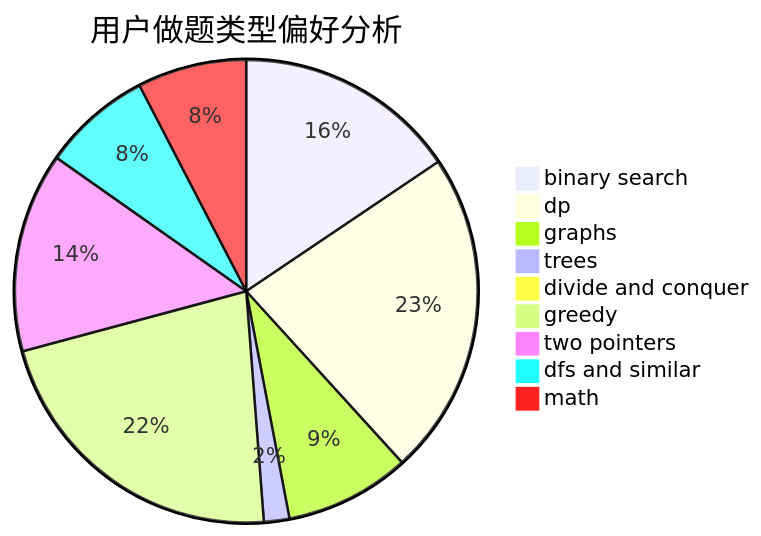
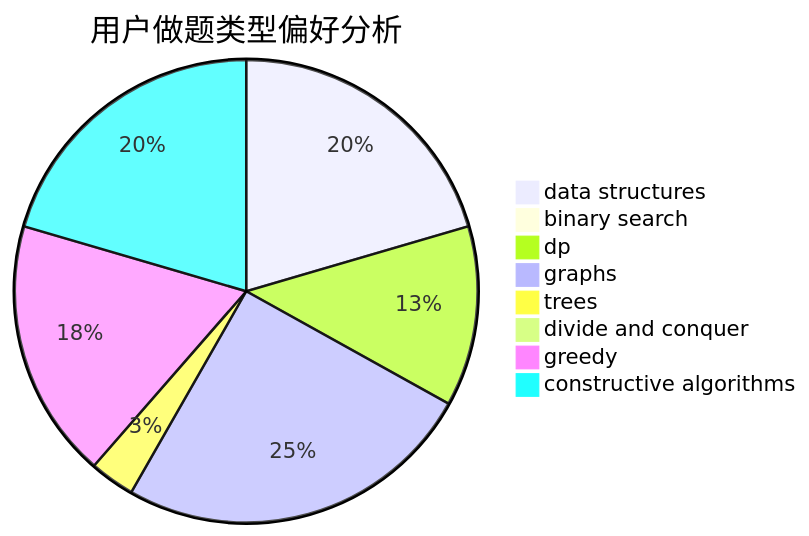
One commit to sherpahu/cfrs.github.io changed the second of 3 diagrams in docs/user/u1350.md. Above: the diagram before and after it, drawn with Mermaid. The commit also changed other lines of this file and 2775 other files, not shown here.

````diff
--- a/docs/user/u1350.md
+++ b/docs/user/u1350.md
@@ -23,12 +23,11 @@
 ```mermaid
 pie title 用户做题类型偏好分析
-    "binary search" :  96
-    "dp" :  140
-    "graphs" :  54
-    "trees" :  11
+    "data structures" :  26
+    "binary search" :  1
+    "dp" :  16
+    "graphs" :  32
+    "trees" :  4
     "divide and conquer" :  0
-    "greedy" :  136
-    "two pointers" :  86
-    "dfs and similar" :  47
-    "math" :  47
+    "greedy" :  23
+    "constructive algorithms" :  26
 ```
````
